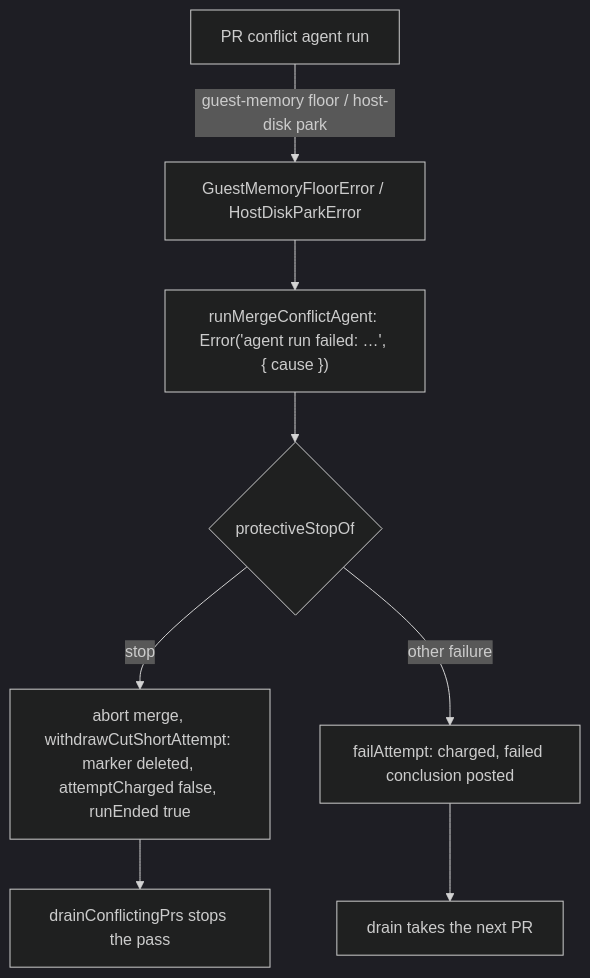
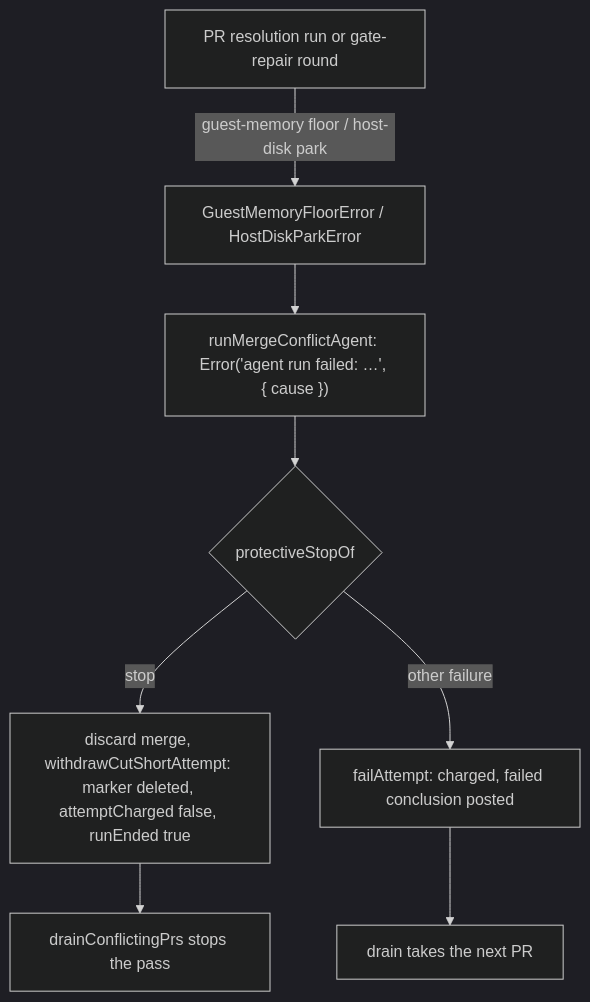
The diagram in docs/archive/pr-summaries/pr-summary-5626.md (stSoftwareAU/VibeCoder), drawn with Mermaid (dark theme) before and after one commit. The commit also changed other lines of this file and 9 other files, not shown here.

First line of the commit message:
Withdraw a protective stop in the gate-repair round too (Issue #5626)

````diff
--- a/docs/archive/pr-summaries/pr-summary-5626.md
+++ b/docs/archive/pr-summaries/pr-summary-5626.md
@@ -71,10 +95,10 @@
 ```mermaid
 flowchart TD
-    A[PR conflict agent run] -->|guest-memory floor / host-disk park| B[GuestMemoryFloorError / HostDiskParkError]
+    A[PR resolution run or gate-repair round] -->|guest-memory floor / host-disk park| B[GuestMemoryFloorError / HostDiskParkError]
     B --> C["runMergeConflictAgent: Error('agent run failed: …', { cause })"]
     C --> D{protectiveStopOf}
-    D -->|stop| E[abort merge, withdrawCutShortAttempt: marker deleted, attemptCharged false, runEnded true]
+    D -->|stop| E[discard merge, withdrawCutShortAttempt: marker deleted, attemptCharged false, runEnded true]
     E --> F[drainConflictingPrs stops the pass]
     D -->|other failure| G[failAttempt: charged, failed conclusion posted]
     G --> H[drain takes the next PR]
 ```
````
